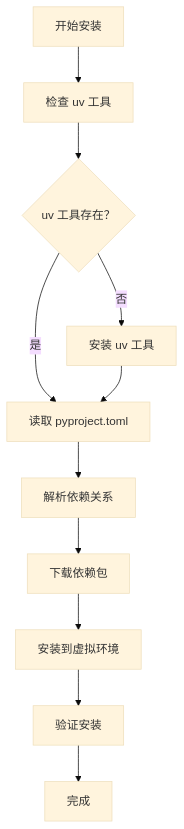
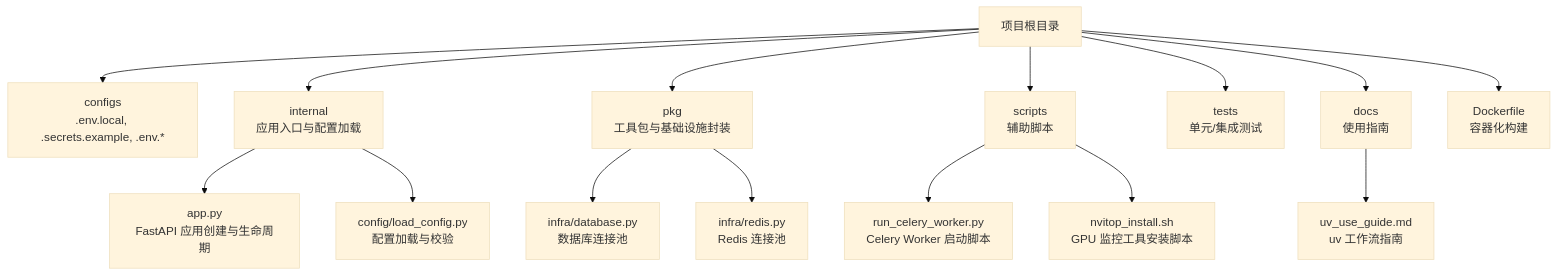
Before and after one commit to lilinzezzzzzz/fastapi-backend: the first of 3 diagrams in .qoder/repowiki/zh/content/快速开始.md, drawn with Mermaid (base theme). The commit also changed other lines of this file and 104 other files, not shown here.

````diff
--- a/.qoder/repowiki/zh/content/快速开始.md
+++ b/.qoder/repowiki/zh/content/快速开始.md
@@ -202,13 +45,17 @@
 ```mermaid
-flowchart TD
-A["开始安装"] --> B["检查 uv 工具"]
-B --> C{"uv 工具存在？"}
-C --> |否| D["安装 uv 工具"]
-C --> |是| E["读取 pyproject.toml"]
-D --> E
-E --> F["解析依赖关系"]
-F --> G["下载依赖包"]
-G --> H["安装到虚拟环境"]
-H --> I["验证安装"]
-I --> J["完成"]
+graph TB
+A["项目根目录"] --> B["configs<br/>.env.local, .secrets.example, .env.*"]
+A --> C["internal<br/>应用入口与配置加载"]
+A --> D["pkg<br/>工具包与基础设施封装"]
+A --> E["scripts<br/>辅助脚本"]
+A --> F["tests<br/>单元/集成测试"]
+A --> G["docs<br/>使用指南"]
+A --> H["Dockerfile<br/>容器化构建"]
+C --> C1["app.py<br/>FastAPI 应用创建与生命周期"]
+C --> C2["config/load_config.py<br/>配置加载与校验"]
+D --> D1["infra/database.py<br/>数据库连接池"]
+D --> D2["infra/redis.py<br/>Redis 连接池"]
+E --> E1["run_celery_worker.py<br/>Celery Worker 启动脚本"]
+E --> E2["nvitop_install.sh<br/>GPU 监控工具安装脚本"]
+G --> G1["uv_use_guide.md<br/>uv 工作流指南"]
 ```
````
